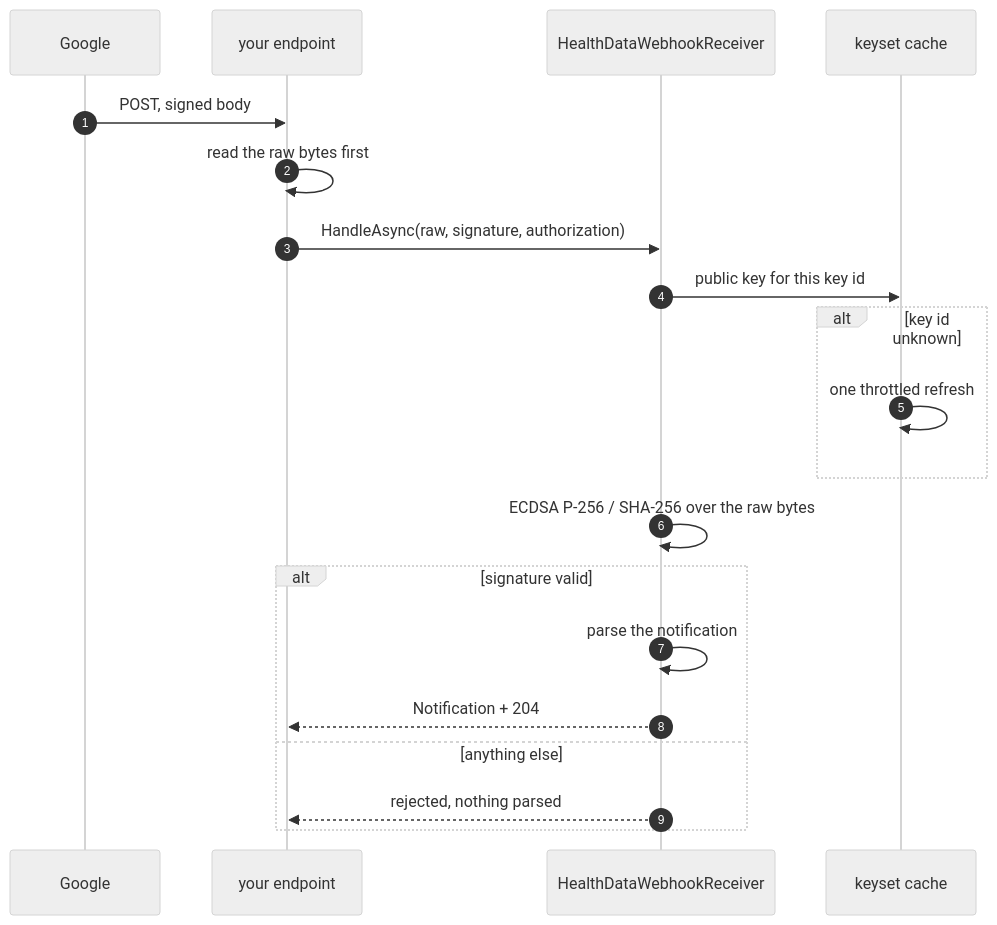
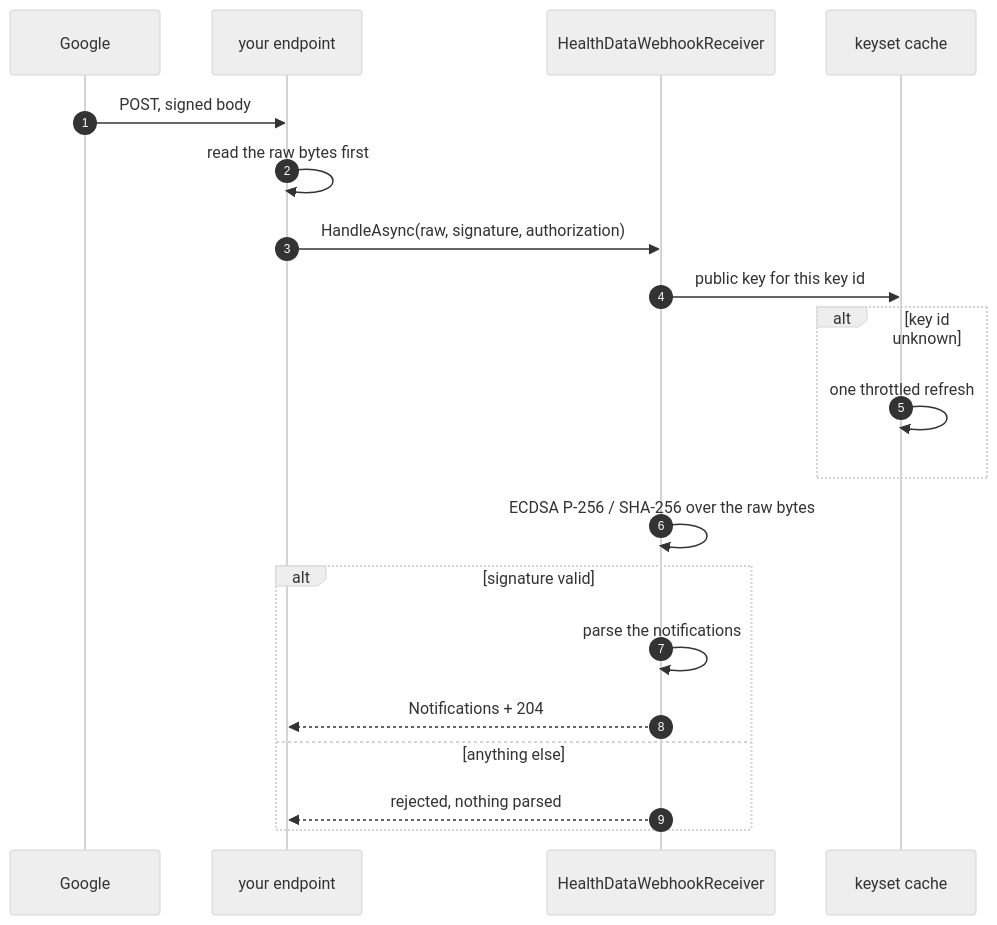
Before and after one commit to kkdev92/health-data-dotnet: the diagram in docs/webhooks.md, drawn with Mermaid (neutral theme). The commit also changed other lines of this file and 9 other files, not shown here.

````diff
--- a/docs/webhooks.md
+++ b/docs/webhooks.md
@@ -50,23 +50,23 @@
 ```mermaid
 sequenceDiagram
     autonumber
     participant G as Google
     participant E as your endpoint
     participant V as HealthDataWebhookReceiver
     participant K as keyset cache
 
     G->>E: POST, signed body
     E->>E: read the raw bytes first
     E->>V: HandleAsync(raw, signature, authorization)
     V->>K: public key for this key id
     alt key id unknown
         K->>K: one throttled refresh
     end
     V->>V: ECDSA P-256 / SHA-256 over the raw bytes
     alt signature valid
-        V->>V: parse the notification
-        V-->>E: Notification + 204
+        V->>V: parse the notifications
+        V-->>E: Notifications + 204
     else anything else
         V-->>E: rejected, nothing parsed
     end
 ```
````
